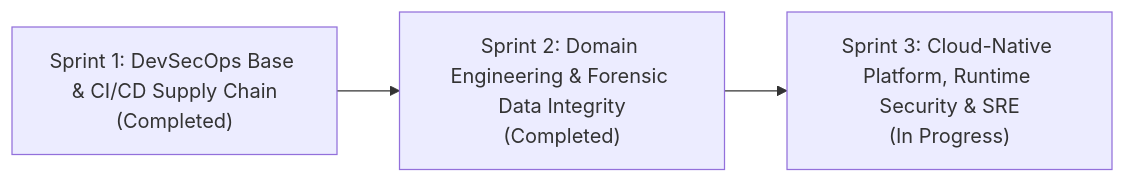
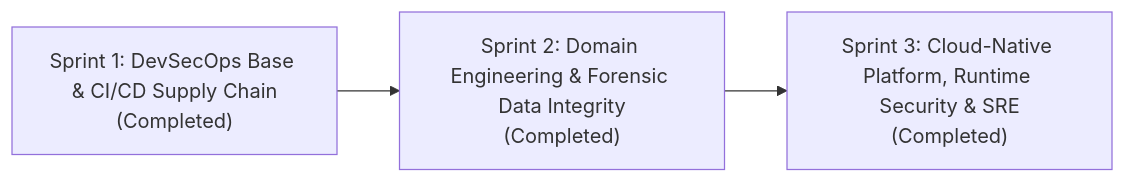
The diagram in docs/ROADMAP.md (LuisMamey/forensic-custody-api), drawn with Mermaid before and after one commit. The commit also changed other lines of this file and 5 other files, not shown here.

````diff
--- a/docs/ROADMAP.md
+++ b/docs/ROADMAP.md
@@ -6,5 +6,5 @@
 ```mermaid
 flowchart LR
     S1["Sprint 1: DevSecOps Base & CI/CD Supply Chain<br/>(Completed)"] --> S2["Sprint 2: Domain Engineering & Forensic Data Integrity<br/>(Completed)"]
-    S2 --> S3["Sprint 3: Cloud-Native Platform, Runtime Security & SRE<br/>(In Progress)"]
+    S2 --> S3["Sprint 3: Cloud-Native Platform, Runtime Security & SRE<br/>(Completed)"]
 ```
````
